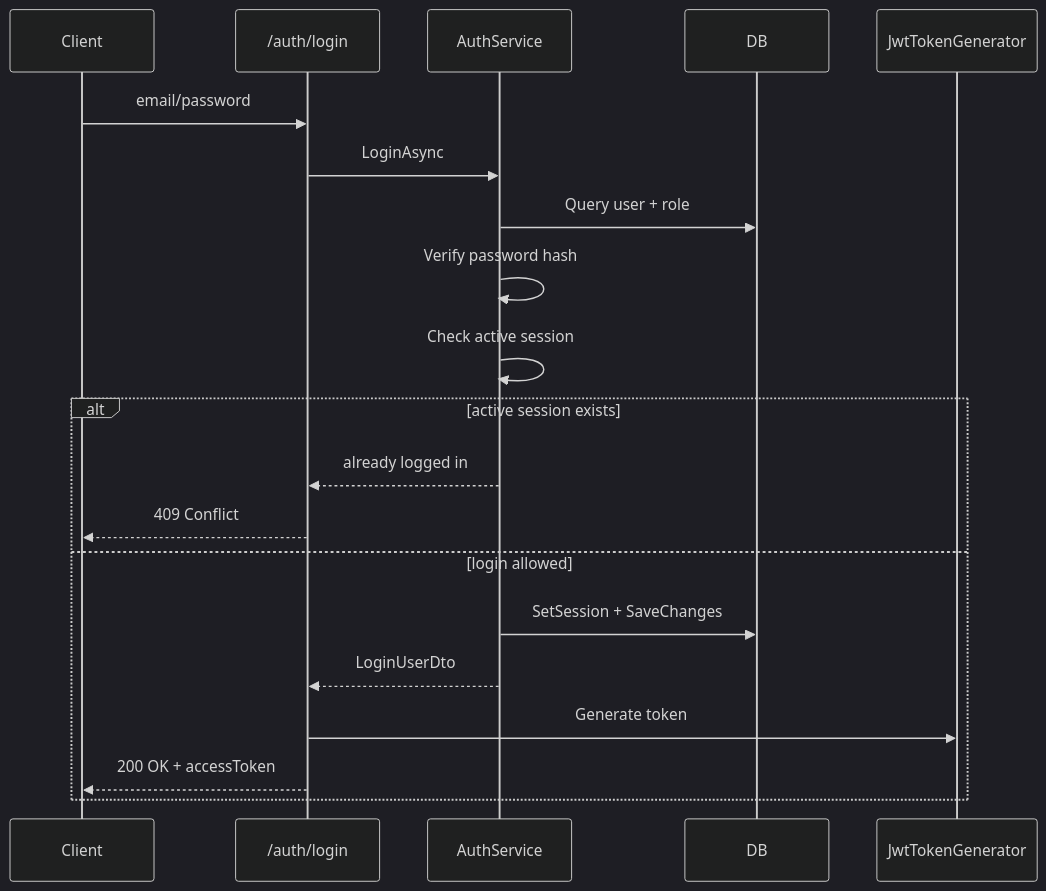
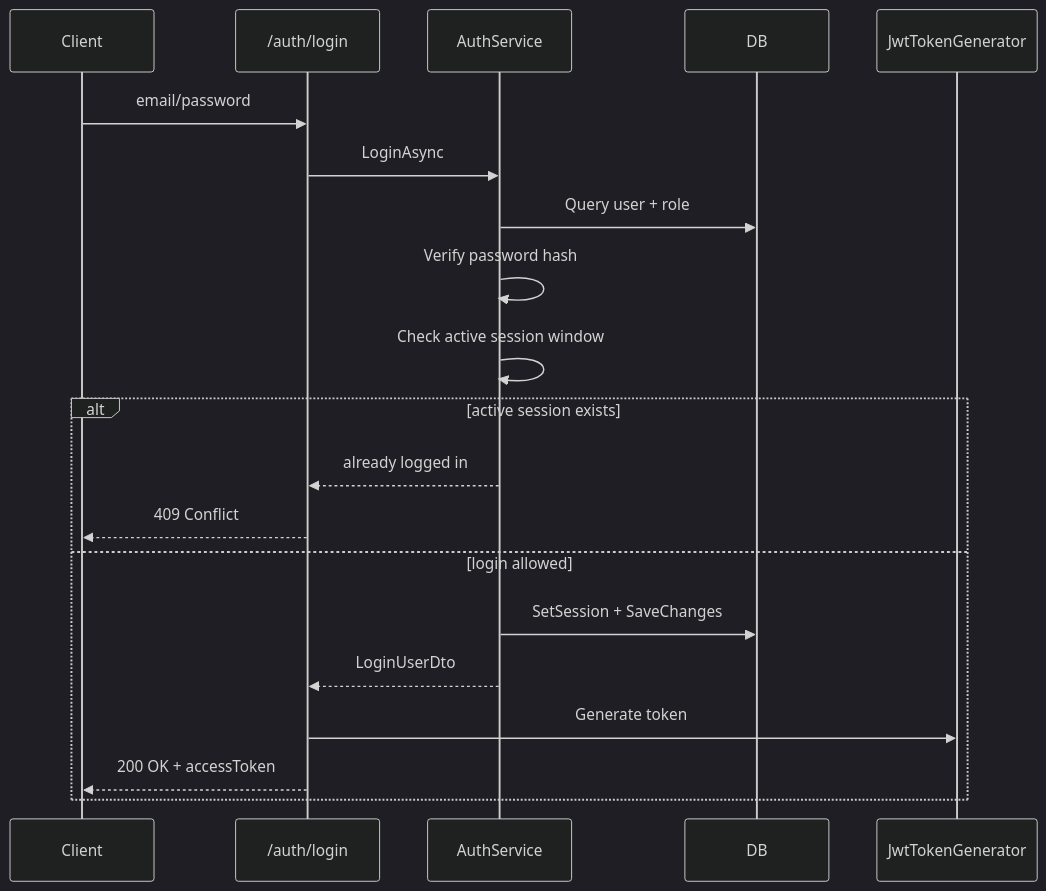
Before and after one commit to Sinyonar0623/Asset-Management-System: the third of 3 diagrams in README.md, drawn with Mermaid (dark theme). The commit also changed other lines of this file and 7 other files, not shown here.

````diff
--- a/README.md
+++ b/README.md
@@ -98,23 +108,23 @@
 ```mermaid
 sequenceDiagram
     participant Client
     participant LoginEP as /auth/login
     participant AuthService
     participant DB
     participant JWT as JwtTokenGenerator
 
     Client->>LoginEP: email/password
     LoginEP->>AuthService: LoginAsync
     AuthService->>DB: Query user + role
     AuthService->>AuthService: Verify password hash
-    AuthService->>AuthService: Check active session
+    AuthService->>AuthService: Check active session window
     alt active session exists
         AuthService-->>LoginEP: already logged in
         LoginEP-->>Client: 409 Conflict
     else login allowed
         AuthService->>DB: SetSession + SaveChanges
         AuthService-->>LoginEP: LoginUserDto
         LoginEP->>JWT: Generate token
         LoginEP-->>Client: 200 OK + accessToken
     end
 ```
````
